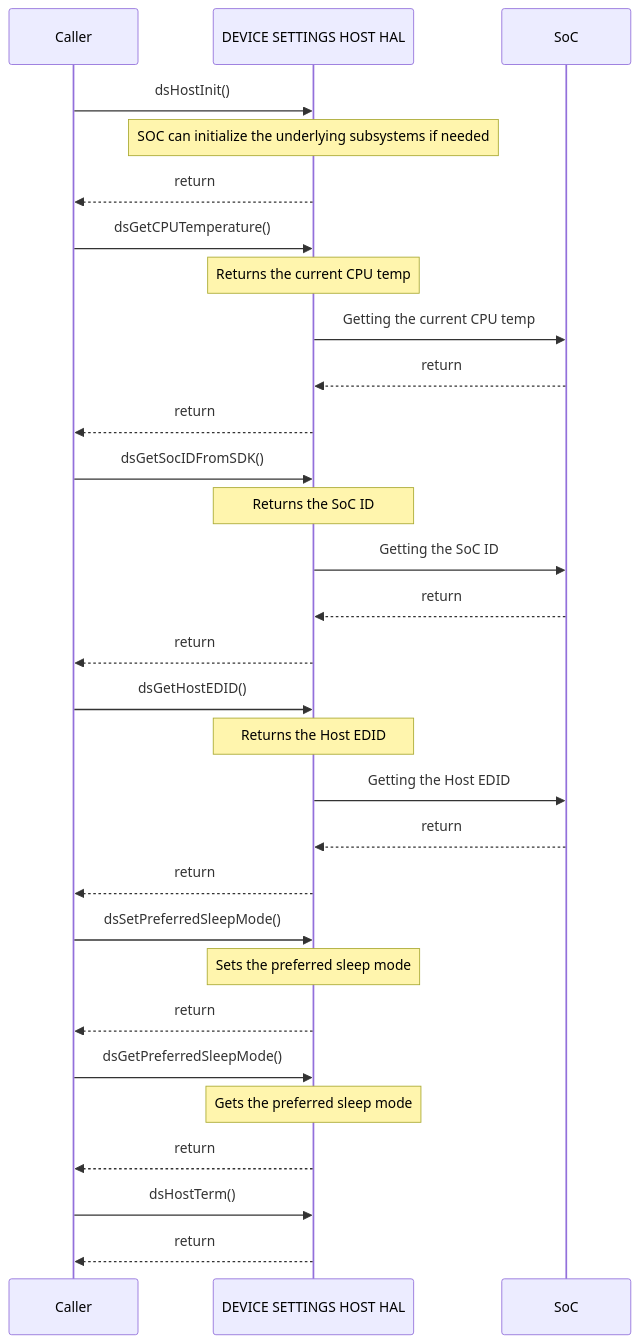
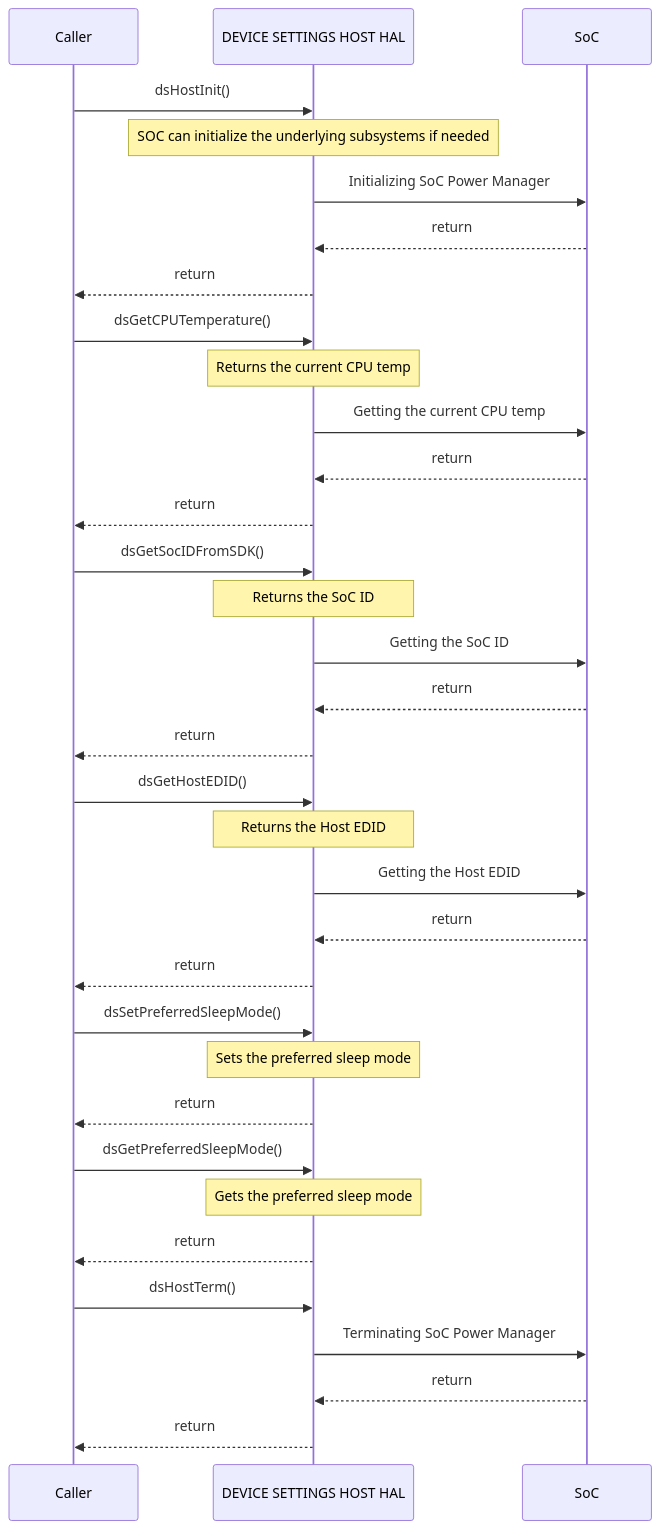
Before and after one commit to rdkcentral/rdk-halif-device_settings: the second of 2 diagrams in docs/pages/dsHost_halSpec.md, drawn with Mermaid. The commit also changed other lines of this file, not shown here.

Commit message:
Updating review comment concerns

````diff
--- a/docs/pages/dsHost_halSpec.md
+++ b/docs/pages/dsHost_halSpec.md
@@ -166,33 +166,37 @@
 ```mermaid
 %%{ init : { "theme" : "default", "flowchart" : { "curve" : "stepBefore" }}}%%
    sequenceDiagram
     participant Caller as Caller
     participant HAL as DEVICE SETTINGS HOST HAL
     participant Driver as SoC
     Caller->>HAL:dsHostInit()
     Note over HAL: SOC can initialize the underlying subsystems if needed
+    HAL->>Driver:Initializing SoC Power Manager
+    Driver-->>HAL:return
     HAL-->>Caller:return
     Caller->>HAL:dsGetCPUTemperature()
     Note over HAL: Returns the current CPU temp
     HAL->>Driver:Getting the current CPU temp
     Driver-->>HAL:return
     HAL-->>Caller:return
     Caller->>HAL:dsGetSocIDFromSDK()
     Note over HAL: Returns the SoC ID
     HAL->>Driver:Getting the SoC ID
     Driver-->>HAL:return
     HAL-->>Caller:return
     Caller->>HAL:dsGetHostEDID()
     Note over HAL: Returns the Host EDID
     HAL->>Driver:Getting the Host EDID
     Driver-->>HAL:return
     HAL-->>Caller:return
     Caller ->>HAL:dsSetPreferredSleepMode()
     Note over HAL: Sets the preferred sleep mode
     HAL-->>Caller:return
     Caller ->>HAL:dsGetPreferredSleepMode()
     Note over HAL: Gets the preferred sleep mode
     HAL-->>Caller:return
     Caller ->>HAL:dsHostTerm()
+    HAL->>Driver:Terminating SoC Power Manager
+    Driver-->>HAL:return
     HAL-->>Caller:return
  ```
````
